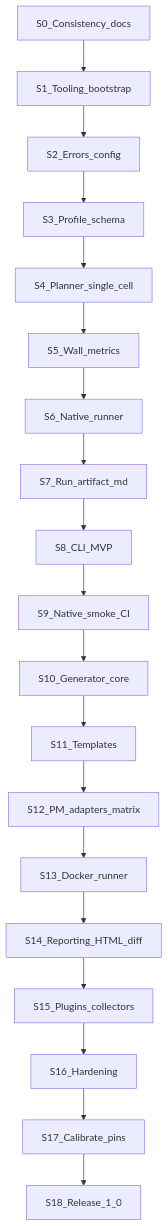
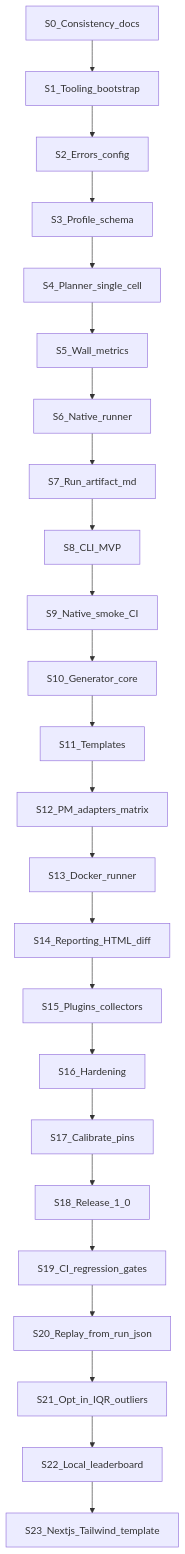
One commit to arintsohaib/nodejs-benchmark-suite changed the diagram in docs/17_IMPLEMENTATION_PLAN.md. Above: the diagram before and after it, drawn with Mermaid. The commit also changed other lines of this file and 58 other files, not shown here.

````diff
--- a/docs/17_IMPLEMENTATION_PLAN.md
+++ b/docs/17_IMPLEMENTATION_PLAN.md
@@ -68,21 +68,26 @@
 ```mermaid
 flowchart TB
   S0[S0_Consistency_docs] --> S1[S1_Tooling_bootstrap]
   S1 --> S2[S2_Errors_config]
   S2 --> S3[S3_Profile_schema]
   S3 --> S4[S4_Planner_single_cell]
   S4 --> S5[S5_Wall_metrics]
   S5 --> S6[S6_Native_runner]
   S6 --> S7[S7_Run_artifact_md]
   S7 --> S8[S8_CLI_MVP]
   S8 --> S9[S9_Native_smoke_CI]
   S9 --> S10[S10_Generator_core]
   S10 --> S11[S11_Templates]
   S11 --> S12[S12_PM_adapters_matrix]
   S12 --> S13[S13_Docker_runner]
   S13 --> S14[S14_Reporting_HTML_diff]
   S14 --> S15[S15_Plugins_collectors]
   S15 --> S16[S16_Hardening]
   S16 --> S17[S17_Calibrate_pins]
   S17 --> S18[S18_Release_1_0]
+  S18 --> S19[S19_CI_regression_gates]
+  S19 --> S20[S20_Replay_from_run_json]
+  S20 --> S21[S21_Opt_in_IQR_outliers]
+  S21 --> S22[S22_Local_leaderboard]
+  S22 --> S23[S23_Nextjs_Tailwind_template]
 ```
````
